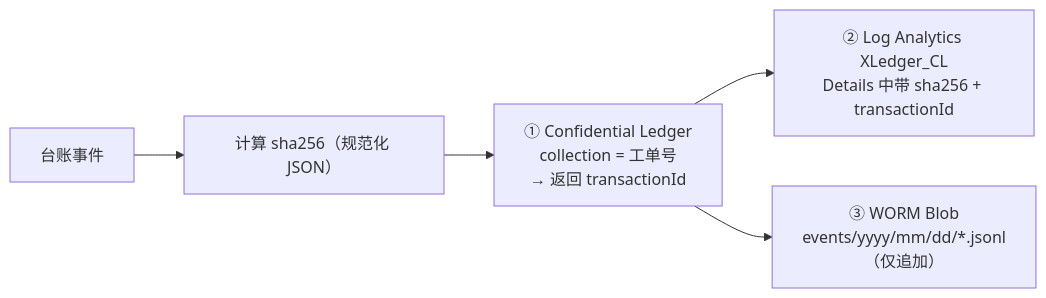
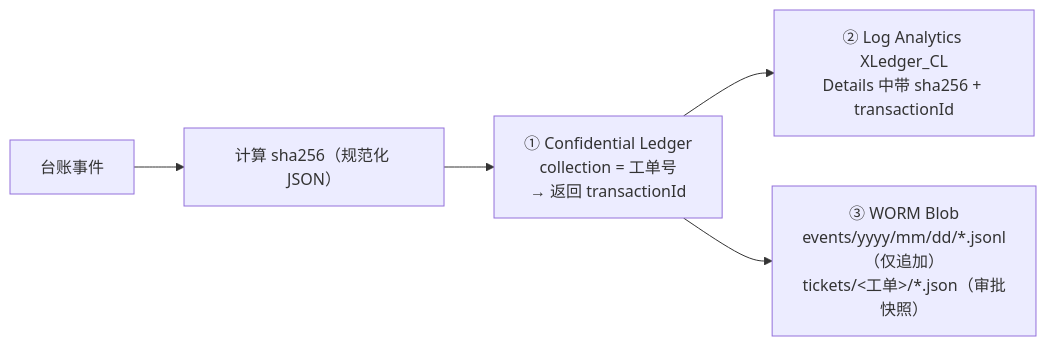
The third of 3 diagrams in docs/architecture.md (wukong121/cross-ledger), drawn with Mermaid before and after one commit. The commit also changed other lines of this file and 152 other files, not shown here.

````diff
--- a/docs/architecture.md
+++ b/docs/architecture.md
@@ -259,7 +231,7 @@
 ```mermaid
 flowchart LR
   E["台账事件"] --> H["计算 sha256（规范化 JSON）"]
   H --> ACL["① Confidential Ledger<br/>collection = 工单号<br/>→ 返回 transactionId"]
   ACL --> LA["② Log Analytics XLedger_CL<br/>Details 中带 sha256 + transactionId"]
-  ACL --> W["③ WORM Blob<br/>events/yyyy/mm/dd/*.jsonl（仅追加）"]
+  ACL --> W["③ WORM Blob<br/>events/yyyy/mm/dd/*.jsonl（仅追加）<br/>tickets/<工单>/*.json（审批快照）"]
 ```
````
